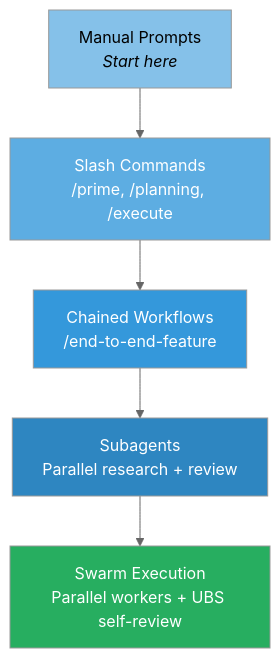
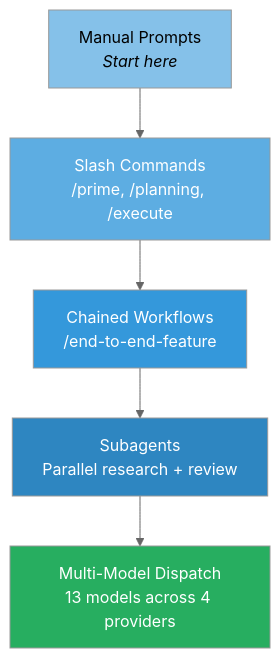
One commit to ryanjosebrosas/opencode-hive-archon changed the ninth of 11 diagrams in README.md. Above: the diagram before and after it, drawn with Mermaid (neutral theme). The commit also changed other lines of this file and 14 other files, not shown here.

````diff
--- a/README.md
+++ b/README.md
@@ -381,13 +380,13 @@
 ```mermaid
 graph TD
     M["Manual Prompts<br/><i>Start here</i>"] --> CMD["Slash Commands<br/>/prime, /planning, /execute"]
     CMD --> CHAIN["Chained Workflows<br/>/end-to-end-feature"]
     CHAIN --> SUB["Subagents<br/>Parallel research + review"]
-    SUB --> SWARM["Swarm Execution<br/>Parallel workers + UBS self-review"]
+    SUB --> DISPATCH["Multi-Model Dispatch<br/>13 models across 4 providers"]
 
     style M fill:#85c1e9,color:#000
     style CMD fill:#5dade2,color:#fff
     style CHAIN fill:#3498db,color:#fff
     style SUB fill:#2e86c1,color:#fff
-    style SWARM fill:#27ae60,color:#fff
+    style DISPATCH fill:#27ae60,color:#fff
 ```
````
